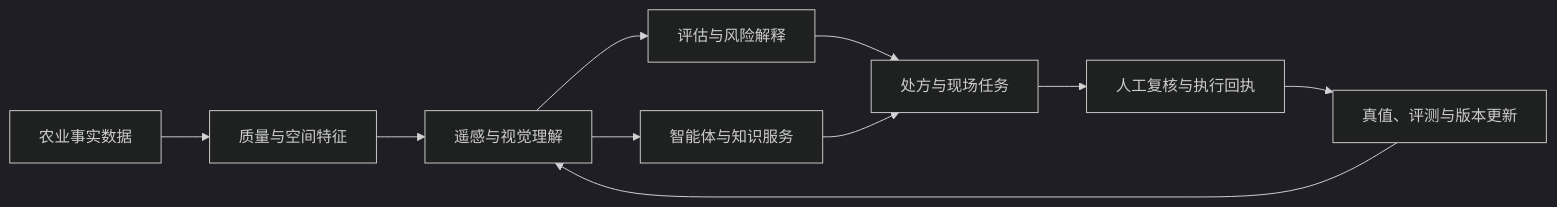
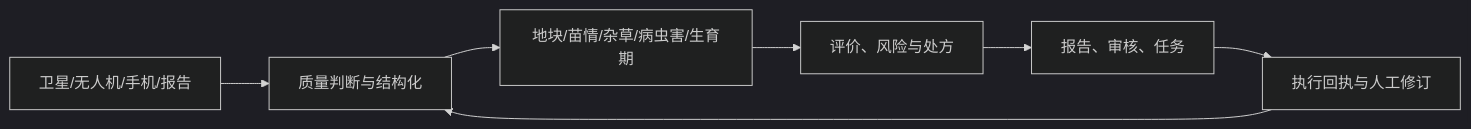
The diagram in docs/02-repository-landscape.md (Lzzyyy123/farmlynk-model-technology-portfolio), drawn with Mermaid (dark theme) before and after one commit. The commit also changed other lines of this file and 35 other files, not shown here.

````diff
--- a/docs/02-repository-landscape.md
+++ b/docs/02-repository-landscape.md
@@ -28,12 +18,9 @@
 ```mermaid
 flowchart LR
-    A[农业事实数据] --> B[质量与空间特征]
-    B --> C[遥感与视觉理解]
-    C --> D[评估与风险解释]
-    C --> E[智能体与知识服务]
-    D --> F[处方与现场任务]
-    E --> F
-    F --> G[人工复核与执行回执]
-    G --> H[真值、评测与版本更新]
-    H --> C
+  A[卫星/无人机/手机/报告] --> B[质量判断与结构化]
+  B --> C[地块/苗情/杂草/病虫害/生育期]
+  C --> D[评价、风险与处方]
+  D --> E[报告、审核、任务]
+  E --> F[执行回执与人工修订]
+  F --> B
 ```
````
